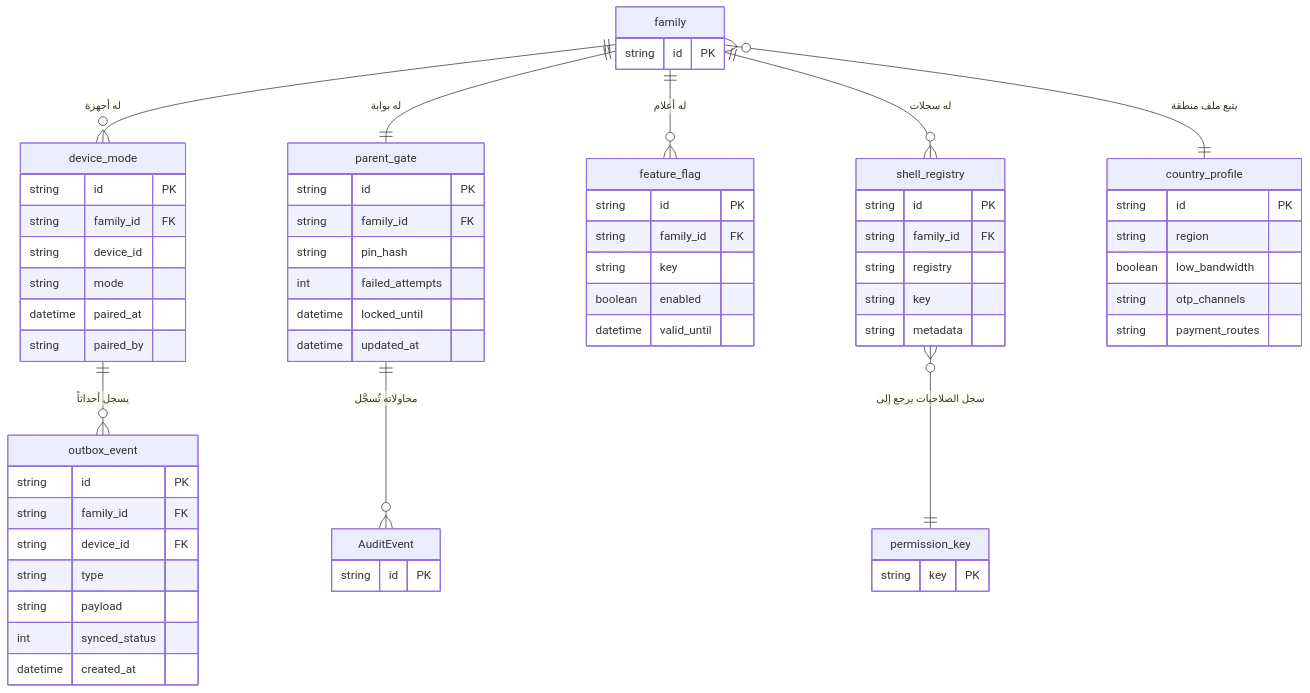
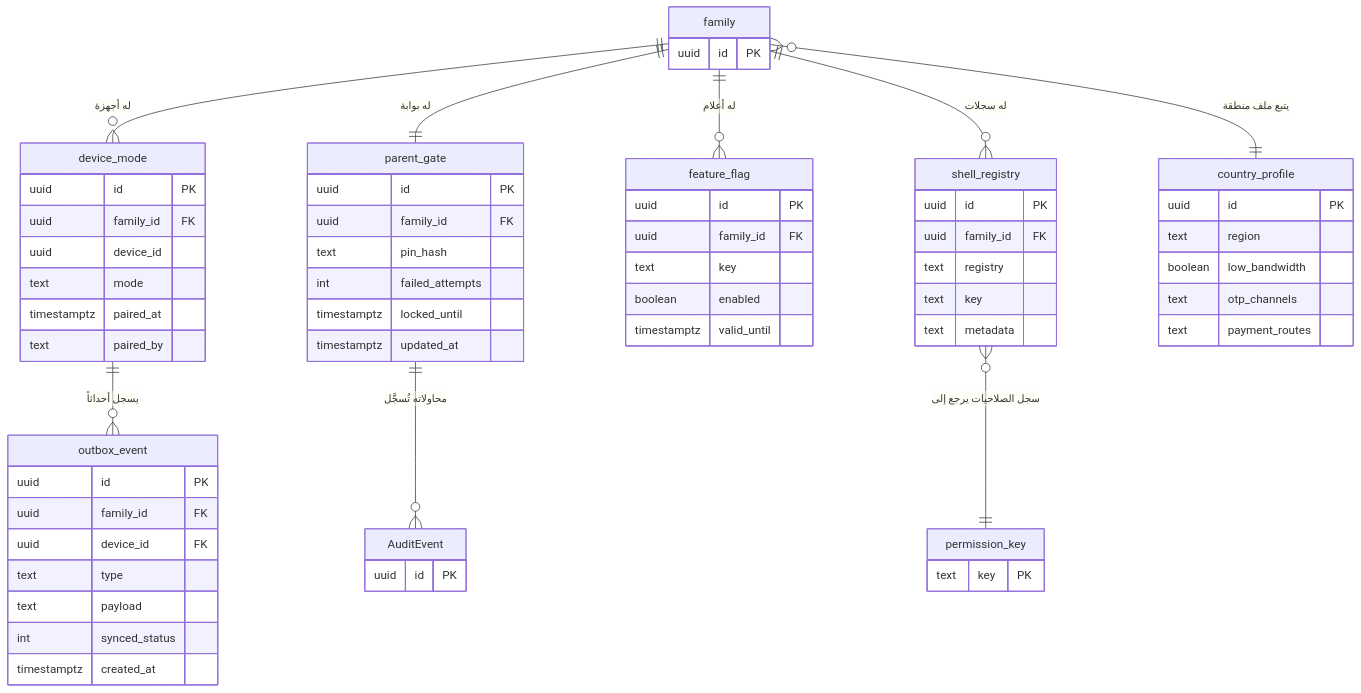
The second of 9 diagrams in docs/family-os/governance/phases/phase-1/S1-01-app-shell-and-platform/DIAGRAMS.md (Bassam-mohammed-alqaeadi/family-os-v2), drawn with Mermaid before and after one commit. The commit also changed 11 other files, not shown here.

Commit message:
Q-177: توحيد أنواع ERD (uuid/text/timestamptz) + ownership_transfer في ERD المعمارية

````diff
--- a/docs/family-os/governance/phases/phase-1/S1-01-app-shell-and-platform/DIAGRAMS.md
+++ b/docs/family-os/governance/phases/phase-1/S1-01-app-shell-and-platform/DIAGRAMS.md
@@ -66,67 +66,67 @@
 ```mermaid
 erDiagram
     family ||--o{ device_mode : "له أجهزة"
     family ||--|| parent_gate : "له بوابة"
     family ||--o{ feature_flag : "له أعلام"
     family ||--o{ shell_registry : "له سجلات"
     family }o--|| country_profile : "يتبع ملف منطقة"
     device_mode ||--o{ outbox_event : "يسجل أحداثاً"
     parent_gate ||--o{ AuditEvent : "محاولاته تُسجَّل"
     shell_registry }o--|| permission_key : "سجل الصلاحيات يرجع إلى"
 
     device_mode {
-        string id PK
-        string family_id FK
-        string device_id
-        string mode
-        datetime paired_at
-        string paired_by
+        uuid id PK
+        uuid family_id FK
+        uuid device_id
+        text mode
+        timestamptz paired_at
+        text paired_by
     }
     parent_gate {
-        string id PK
-        string family_id FK
-        string pin_hash
+        uuid id PK
+        uuid family_id FK
+        text pin_hash
         int failed_attempts
-        datetime locked_until
-        datetime updated_at
+        timestamptz locked_until
+        timestamptz updated_at
     }
     feature_flag {
-        string id PK
-        string family_id FK
-        string key
+        uuid id PK
+        uuid family_id FK
+        text key
         boolean enabled
-        datetime valid_until
+        timestamptz valid_until
     }
     outbox_event {
-        string id PK
-        string family_id FK
-        string device_id FK
-        string type
-        string payload
+        uuid id PK
+        uuid family_id FK
+        uuid device_id FK
+        text type
+        text payload
         int synced_status
-        datetime created_at
+        timestamptz created_at
     }
     country_profile {
-        string id PK
-        string region
+        uuid id PK
+        text region
         boolean low_bandwidth
-        string otp_channels
-        string payment_routes
+        text otp_channels
+        text payment_routes
     }
     shell_registry {
-        string id PK
-        string family_id FK
-        string registry
-        string key
-        string metadata
+        uuid id PK
+        uuid family_id FK
+        text registry
+        text key
+        text metadata
     }
     family {
-        string id PK
+        uuid id PK
     }
     permission_key {
-        string key PK
+        text key PK
     }
     AuditEvent {
-        string id PK
+        uuid id PK
     }
 ```
````
